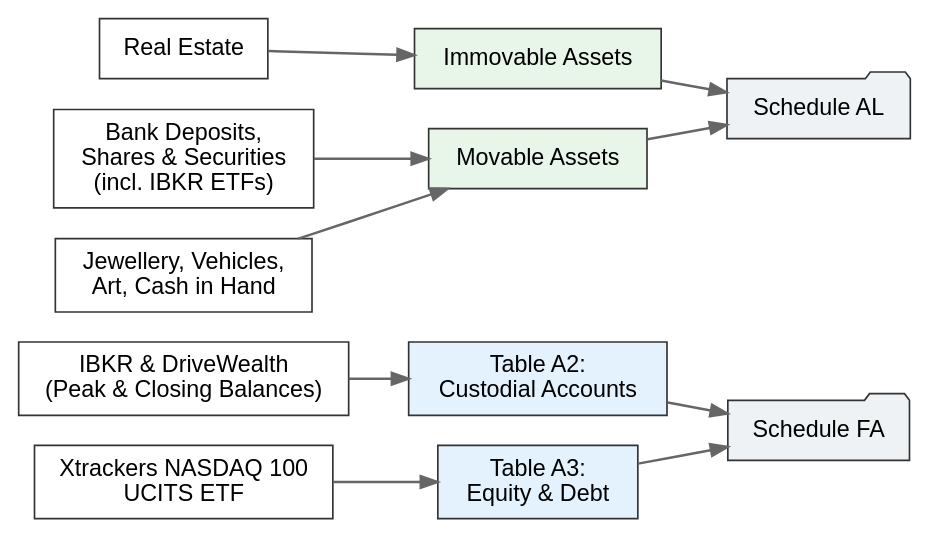
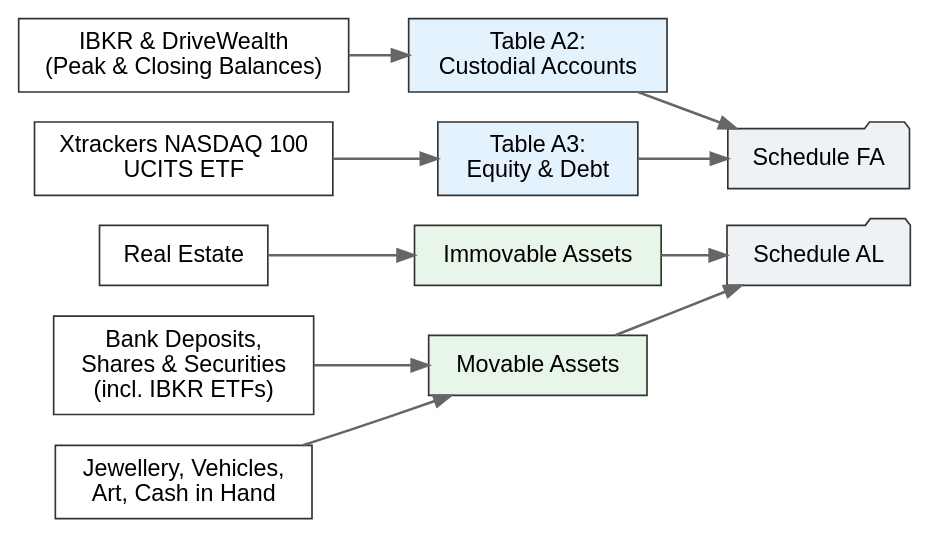
One commit to sakthipriyan/sakthipriyan.github.io changed the third of 3 diagrams in content/building-wealth/blogs/2026/journey-of-filing-income-tax.md. Above: the diagram before and after it, drawn with Graphviz. The commit also changed other lines of this file, not shown here.

````diff
--- a/content/building-wealth/blogs/2026/journey-of-filing-income-tax.md
+++ b/content/building-wealth/blogs/2026/journey-of-filing-income-tax.md
@@ -126,36 +155,40 @@
 ```dot
 digraph AssetDisclosures {
   rankdir=LR;
   node [shape=box, style=filled, fillcolor="#ffffff", fontname="sans-serif", color="#333333", margin="0.2,0.1"];
   edge [color="#666666", penwidth=1.5];
   
   ScheduleFA [label="Schedule FA", shape=folder, fillcolor="#eef2f5"];
   TableA2 [label="Table A2:\nCustodial Accounts", fillcolor="#e3f2fd"];
   IBKRCustodial [label="IBKR & DriveWealth\n(Peak & Closing Balances)"];
   
   TableA3 [label="Table A3:\nEquity & Debt", fillcolor="#e3f2fd"];
   IBKREquity [label="Xtrackers NASDAQ 100\nUCITS ETF"];
   
   ScheduleAL [label="Schedule AL", shape=folder, fillcolor="#eef2f5"];
   
   ImmovableAssets [label="Immovable Assets", fillcolor="#e8f5e9"];
   RealEstate [label="Real Estate"];
   
   MovableAssets [label="Movable Assets", fillcolor="#e8f5e9"];
   FinancialMovable [label="Bank Deposits,\nShares & Securities\n(incl. IBKR ETFs)"];
   PhysicalMovable [label="Jewellery, Vehicles,\nArt, Cash in Hand"];
   
   TableA2 -> ScheduleFA;
   IBKRCustodial -> TableA2;
   
   TableA3 -> ScheduleFA;
   IBKREquity -> TableA3;
   
   ImmovableAssets -> ScheduleAL;
   RealEstate -> ImmovableAssets;
   
   MovableAssets -> ScheduleAL;
   FinancialMovable -> MovableAssets;
   PhysicalMovable -> MovableAssets;
+  
+  // Force FA to be rendered above AL
+  { rank=same; ScheduleFA; ScheduleAL; }
+  ScheduleFA -> ScheduleAL [style=invis];
 }
 ```
````
